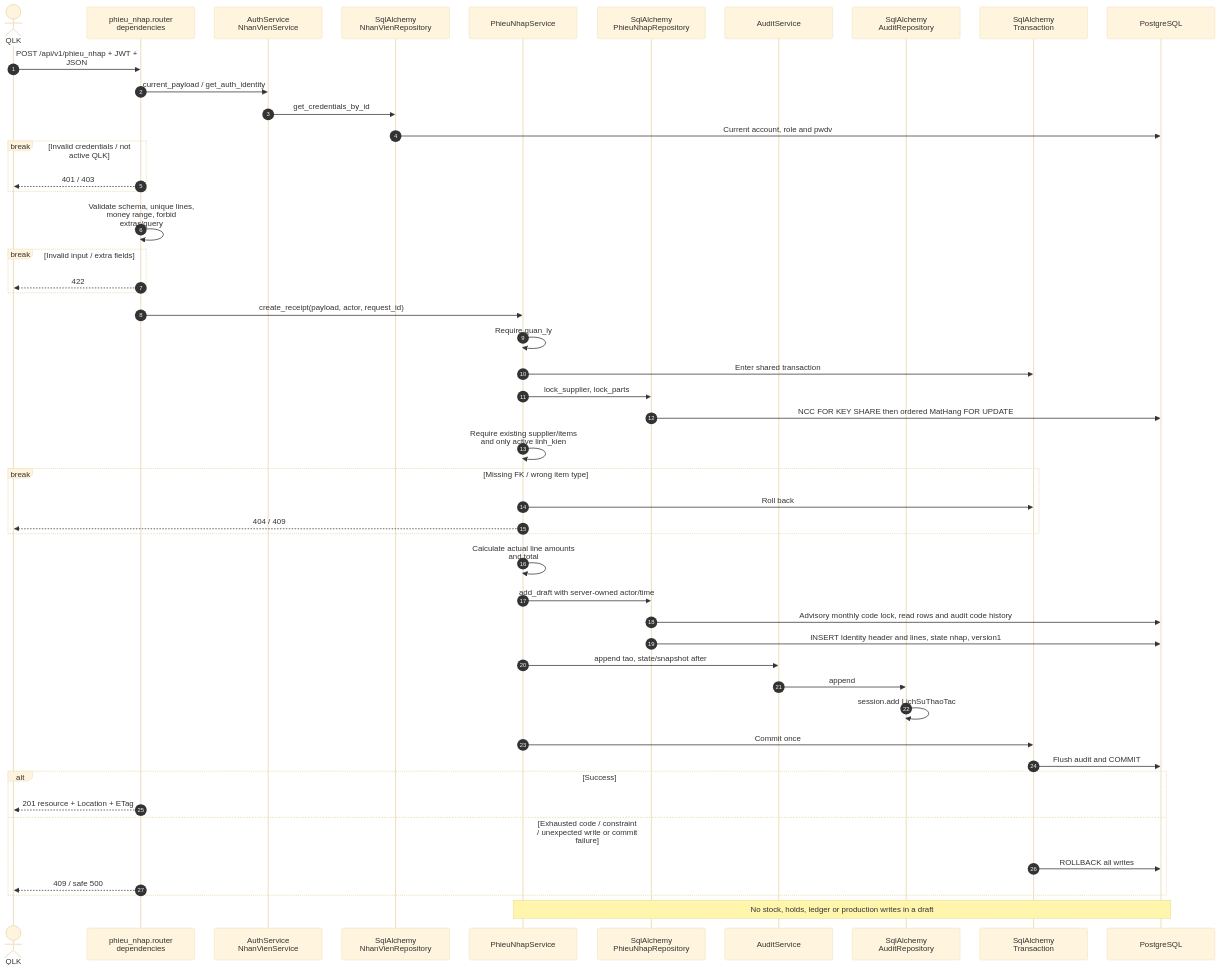
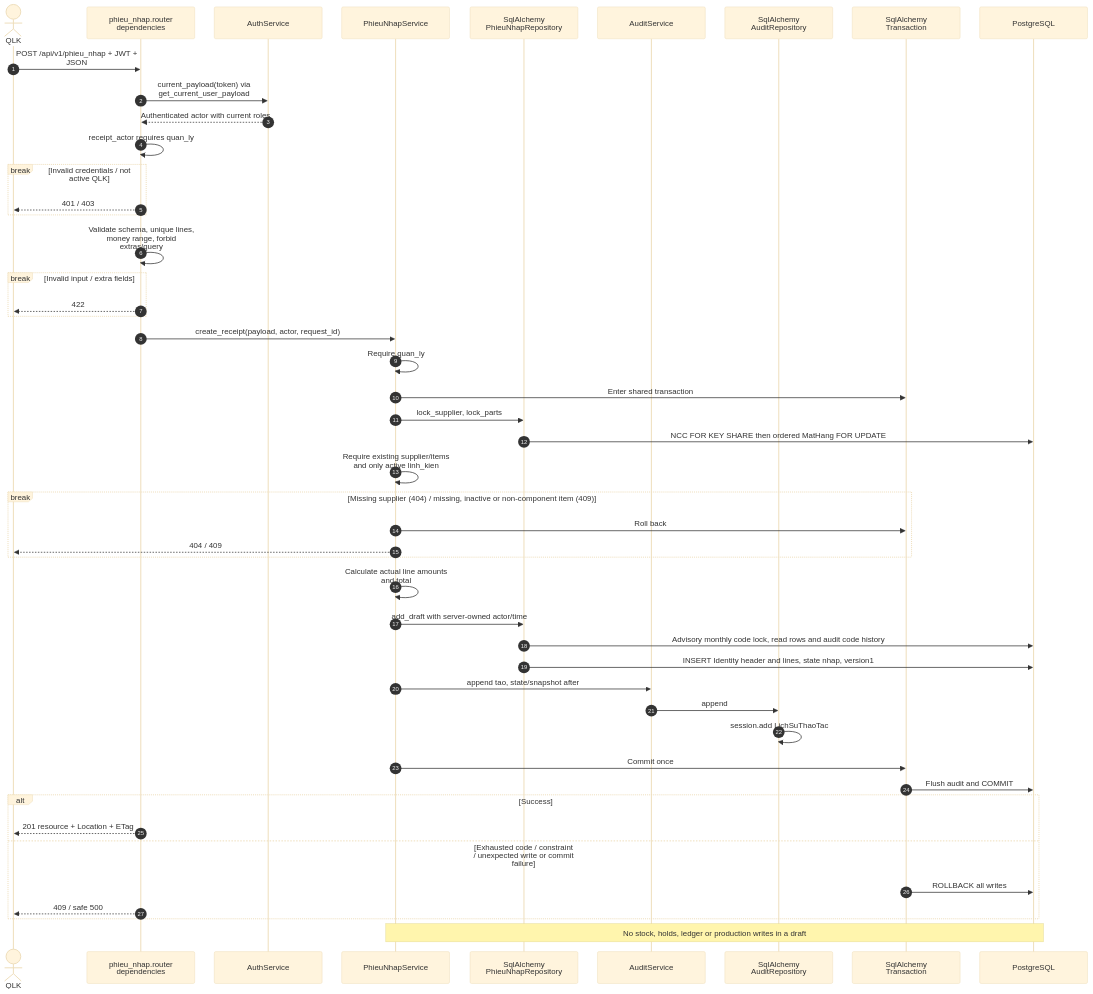
One commit to thanhklt/xbike-mrp-system changed the third of 6 diagrams in docs/sequence/phieu_nhap.md. Above: the diagram before and after it, drawn with Mermaid (base theme). The commit also changed other lines of this file and 10 other files, not shown here.

````diff
--- a/docs/sequence/phieu_nhap.md
+++ b/docs/sequence/phieu_nhap.md
@@ -128,52 +130,51 @@
 ```mermaid
 %%{init: {"sequence": {"width": 220, "wrap": true, "actorMargin": 40}}}%%
 sequenceDiagram
     autonumber
     actor C as QLK
     participant R as phieu_nhap.router<br/>dependencies
-    participant A as AuthService<br/>NhanVienService
-    participant N as SqlAlchemy<br/>NhanVienRepository
+    participant A as AuthService
     participant S as PhieuNhapService
     participant P as SqlAlchemy<br/>PhieuNhapRepository
     participant AU as AuditService
     participant AR as SqlAlchemy<br/>AuditRepository
     participant T as SqlAlchemy<br/>Transaction
     participant DB as PostgreSQL
     C->>R: POST /api/v1/phieu_nhap + JWT + JSON
-    R->>A: current_payload / get_auth_identity
-    A->>N: get_credentials_by_id
-    N->>DB: Current account, role and pwdv
+    R->>A: current_payload(token) via get_current_user_payload
+    A-->>R: Authenticated actor with current roles
+    R->>R: receipt_actor requires quan_ly
     break Invalid credentials / not active QLK
         R-->>C: 401 / 403
     end
     R->>R: Validate schema, unique lines, money range, forbid extras/query
     break Invalid input / extra fields
         R-->>C: 422
     end
     R->>S: create_receipt(payload, actor, request_id)
     S->>S: Require quan_ly
     S->>T: Enter shared transaction
     S->>P: lock_supplier, lock_parts
     P->>DB: NCC FOR KEY SHARE then ordered MatHang FOR UPDATE
     S->>S: Require existing supplier/items and only active linh_kien
-    break Missing FK / wrong item type
+    break Missing supplier (404) / missing, inactive or non-component item (409)
         S->>T: Roll back
         S-->>C: 404 / 409
     end
     S->>S: Calculate actual line amounts and total
     S->>P: add_draft with server-owned actor/time
     P->>DB: Advisory monthly code lock, read rows and audit code history
     P->>DB: INSERT Identity header and lines, state nhap, version1
     S->>AU: append tao, state/snapshot after
     AU->>AR: append
     AR->>AR: session.add LichSuThaoTac
     S->>T: Commit once
     T->>DB: Flush audit and COMMIT
     alt Success
         R-->>C: 201 resource + Location + ETag
     else Exhausted code / constraint / unexpected write or commit failure
         T->>DB: ROLLBACK all writes
         R-->>C: 409 / safe 500
     end
     Note over S,DB: No stock, holds, ledger or production writes in a draft
 ```
````
